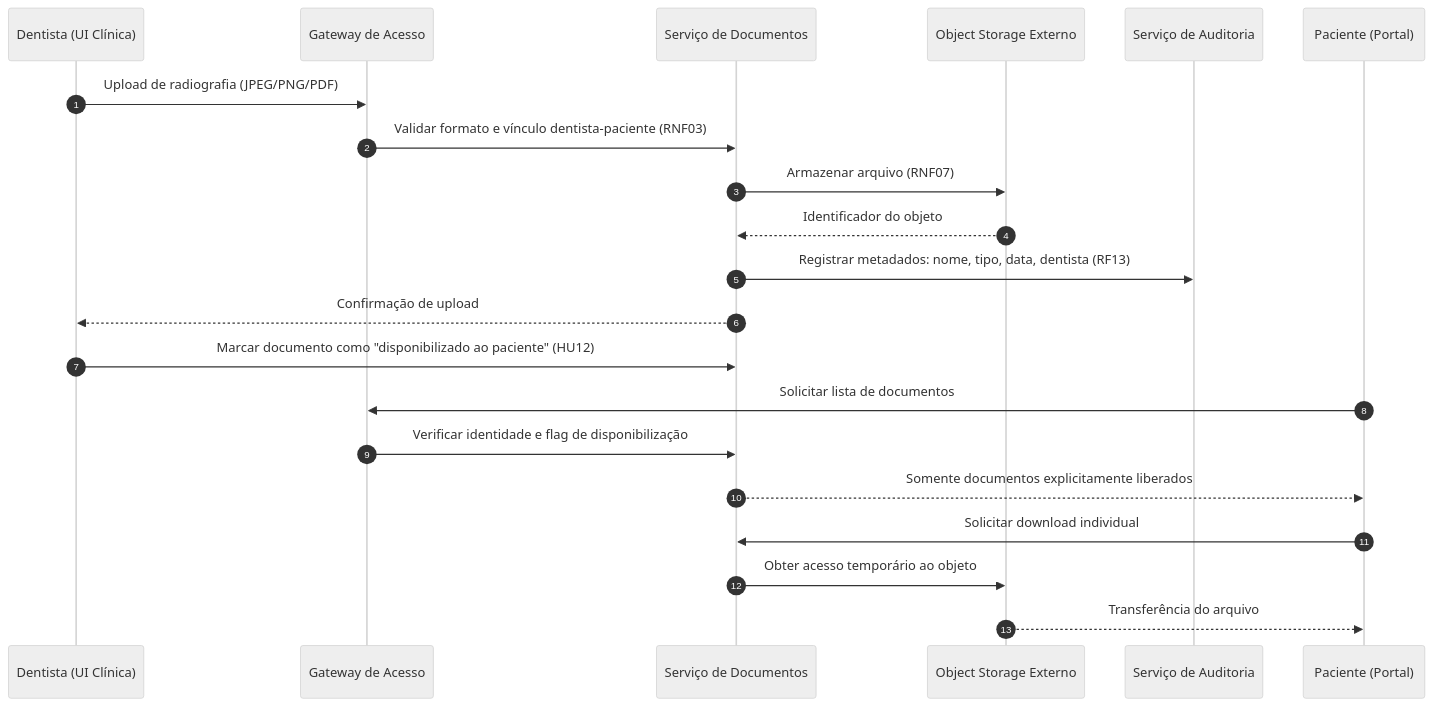
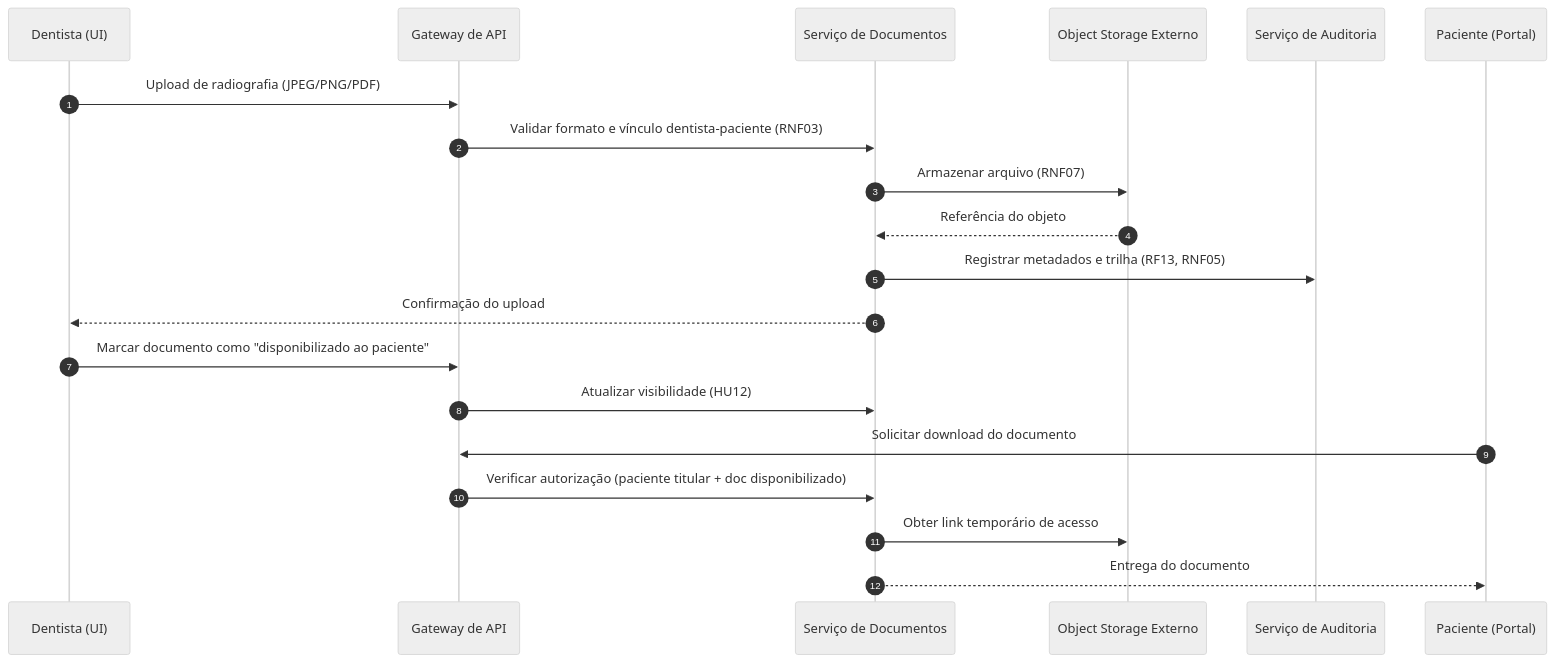
Before and after one commit to PDC-ESIA/AI4ES: the third of 3 diagrams in docs/Time_2_Design/analise-qualitativa/outputs/relatorio_claude_fable_5_M02.md, drawn with Mermaid (neutral theme). The commit also changed other lines of this file and 107 other files, not shown here.

````diff
--- a/docs/Time_2_Design/analise-qualitativa/outputs/relatorio_claude_fable_5_M02.md
+++ b/docs/Time_2_Design/analise-qualitativa/outputs/relatorio_claude_fable_5_M02.md
@@ -121,24 +109,23 @@
 ```mermaid
 sequenceDiagram
     autonumber
-    participant D as Dentista (UI Clínica)
-    participant GW as Gateway de Acesso
-    participant DOC as Serviço de Documentos
-    participant OBJ as Object Storage Externo
-    participant AUD as Serviço de Auditoria
-    participant PAC as Paciente (Portal)
+    participant D as Dentista (UI)
+    participant GW as Gateway de API
+    participant DC as Serviço de Documentos
+    participant OS as Object Storage Externo
+    participant AD as Serviço de Auditoria
+    participant P as Paciente (Portal)
 
     D->>GW: Upload de radiografia (JPEG/PNG/PDF)
-    GW->>DOC: Validar formato e vínculo dentista-paciente (RNF03)
-    DOC->>OBJ: Armazenar arquivo (RNF07)
-    OBJ-->>DOC: Identificador do objeto
-    DOC->>AUD: Registrar metadados: nome, tipo, data, dentista (RF13)
-    DOC-->>D: Confirmação de upload
-    D->>DOC: Marcar documento como "disponibilizado ao paciente" (HU12)
-    PAC->>GW: Solicitar lista de documentos
-    GW->>DOC: Verificar identidade e flag de disponibilização
-    DOC-->>PAC: Somente documentos explicitamente liberados
-    PAC->>DOC: Solicitar download individual
-    DOC->>OBJ: Obter acesso temporário ao objeto
-    OBJ-->>PAC: Transferência do arquivo
+    GW->>DC: Validar formato e vínculo dentista-paciente (RNF03)
+    DC->>OS: Armazenar arquivo (RNF07)
+    OS-->>DC: Referência do objeto
+    DC->>AD: Registrar metadados e trilha (RF13, RNF05)
+    DC-->>D: Confirmação do upload
+    D->>GW: Marcar documento como "disponibilizado ao paciente"
+    GW->>DC: Atualizar visibilidade (HU12)
+    P->>GW: Solicitar download do documento
+    GW->>DC: Verificar autorização (paciente titular + doc disponibilizado)
+    DC->>OS: Obter link temporário de acesso
+    DC-->>P: Entrega do documento
 ```
````
